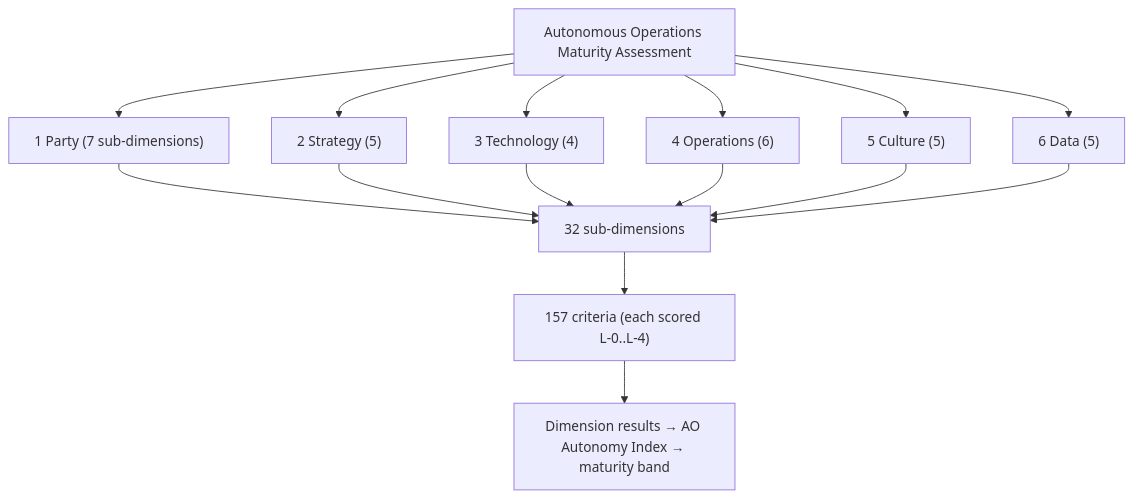
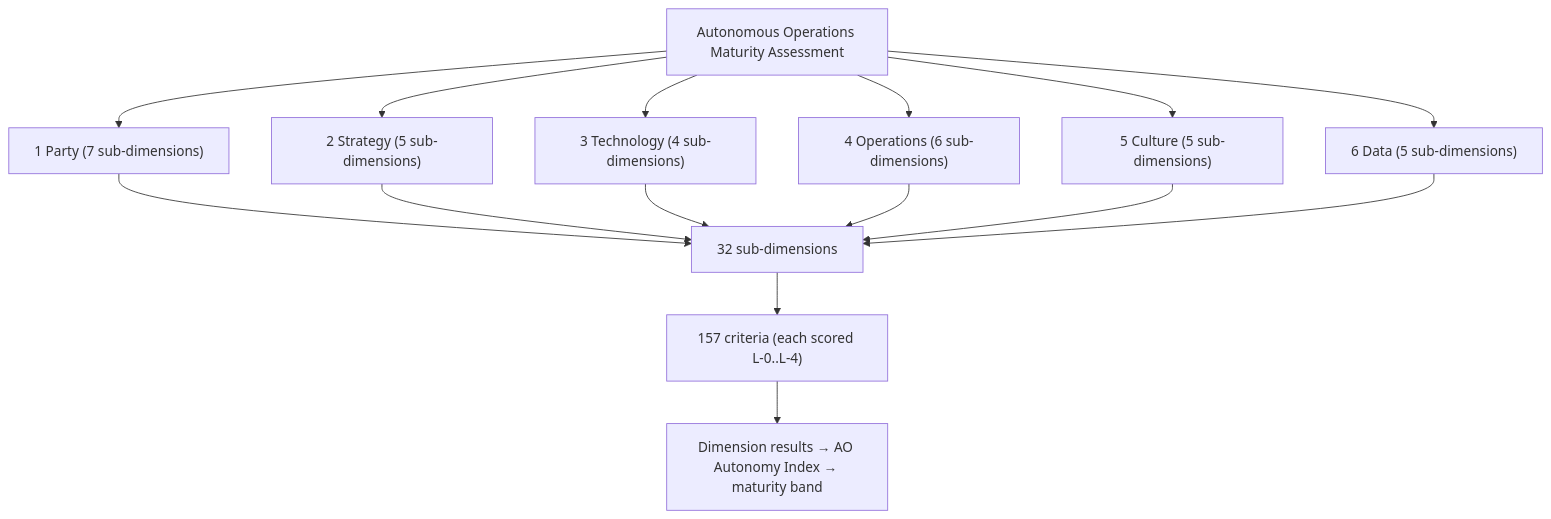
Before and after one commit to Assessment-Models/maturity-model-autonomous-operations: the first of 3 diagrams in README.md, drawn with Mermaid.

Commit message:
Update sub-dimensions in flowchart in README

````diff
--- a/README.md
+++ b/README.md
@@ -81,17 +81,17 @@
 ```mermaid
 flowchart TB
     M["Autonomous Operations Maturity Assessment"] --> D1["1 Party (7 sub-dimensions)"]
-    M --> D2["2 Strategy (5)"]
-    M --> D3["3 Technology (4)"]
-    M --> D4["4 Operations (6)"]
-    M --> D5["5 Culture (5)"]
-    M --> D6["6 Data (5)"]
+    M --> D2["2 Strategy (5 sub-dimensions)"]
+    M --> D3["3 Technology (4 sub-dimensions)"]
+    M --> D4["4 Operations (6 sub-dimensions)"]
+    M --> D5["5 Culture (5 sub-dimensions)"]
+    M --> D6["6 Data (5 sub-dimensions)"]
     D1 --> SD["32 sub-dimensions"]
     D2 --> SD
     D3 --> SD
     D4 --> SD
     D5 --> SD
     D6 --> SD
     SD --> C["157 criteria (each scored L-0..L-4)"]
     C --> R["Dimension results → AO Autonomy Index → maturity band"]
 ```
````
